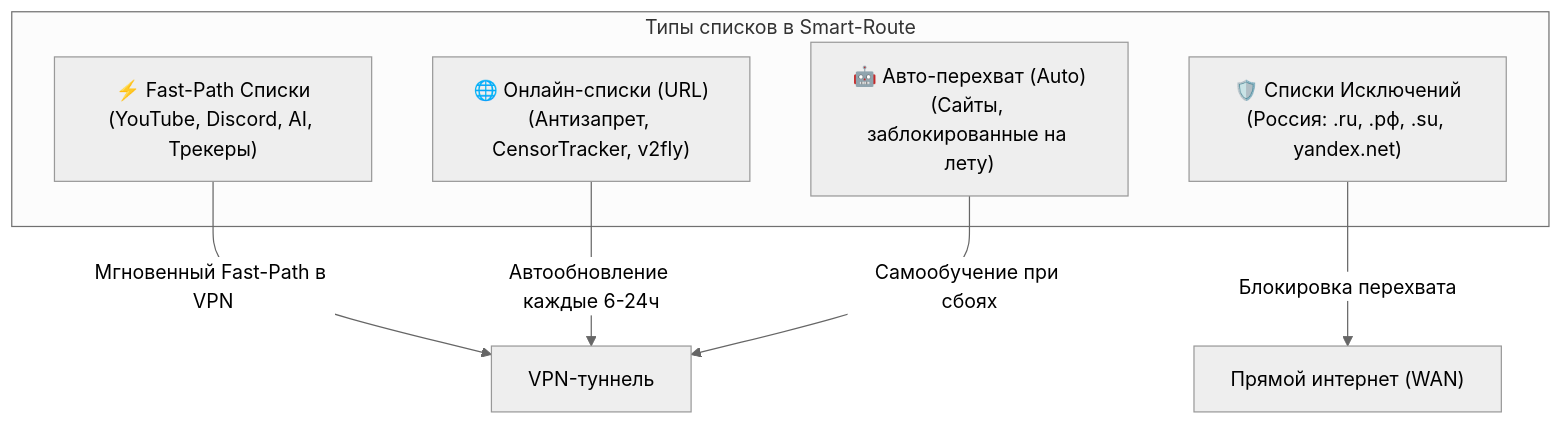
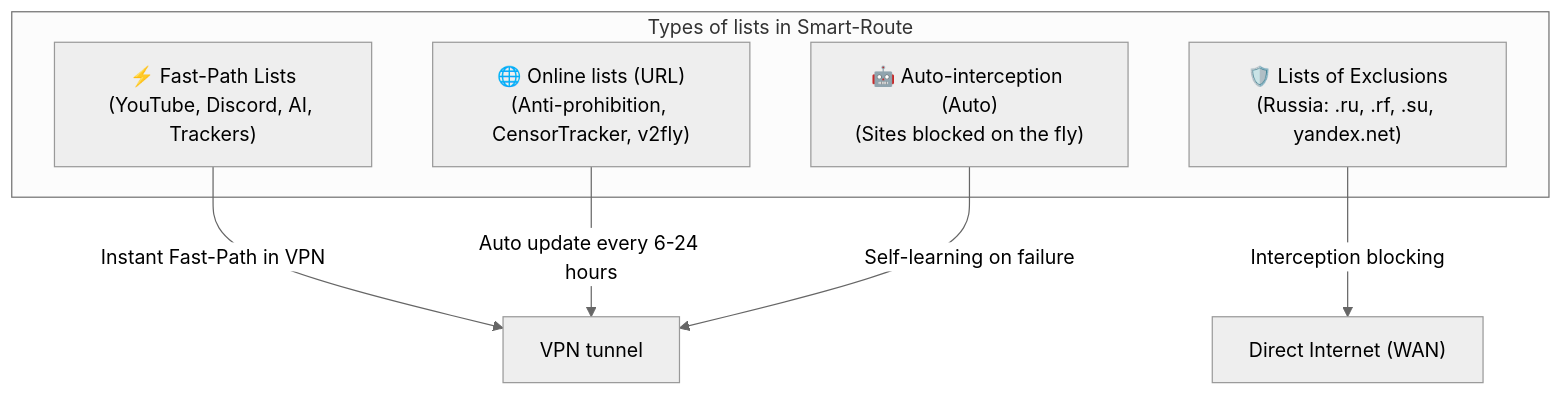
Before and after one commit to DFR11/Snakelair-Keenetic-Entware-OPKG-Repository: the third of 3 diagrams in smart_route_user_guide.md, drawn with Mermaid (neutral theme). The commit also changed other lines of this file and 14 other files, not shown here.

````diff
--- a/smart_route_user_guide.md
+++ b/smart_route_user_guide.md
@@ -92,14 +92,14 @@
 ```mermaid
 flowchart TD
-    subgraph Lists ["Типы списков в Smart-Route"]
-        L1["⚡ Fast-Path Списки<br/>(YouTube, Discord, AI, Трекеры)"]
-        L2["🛡️ Списки Исключений<br/>(Россия: .ru, .рф, .su, yandex.net)"]
-        L3["🌐 Онлайн-списки (URL)<br/>(Антизапрет, CensorTracker, v2fly)"]
-        L4["🤖 Авто-перехват (Auto)<br/>(Сайты, заблокированные на лету)"]
+    subgraph Lists ["Types of lists in Smart-Route"]
+        L1["⚡ Fast-Path Lists<br/>(YouTube, Discord, AI, Trackers)"]
+        L2["🛡️ Lists of Exclusions<br/>(Russia: .ru, .rf, .su, yandex.net)"]
+        L3["🌐 Online lists (URL)<br/>(Anti-prohibition, CensorTracker, v2fly)"]
+        L4["🤖 Auto-interception (Auto)<br/>(Sites blocked on the fly)"]
     end
     
-    L1 --> |"Мгновенный Fast-Path в VPN"| RouterAction1["VPN-туннель"]
-    L2 --> |"Блокировка перехвата"| RouterAction2["Прямой интернет (WAN)"]
-    L3 --> |"Автообновление каждые 6-24ч"| RouterAction1
-    L4 --> |"Самообучение при сбоях"| RouterAction1
+    L1 --> |"Instant Fast-Path in VPN"| RouterAction1["VPN tunnel"]
+    L2 --> |"Interception blocking"| RouterAction2["Direct Internet (WAN)"]
+    L3 --> |"Auto update every 6-24 hours"| RouterAction1
+    L4 --> |"Self-learning on failure"| RouterAction1
 ```
````
